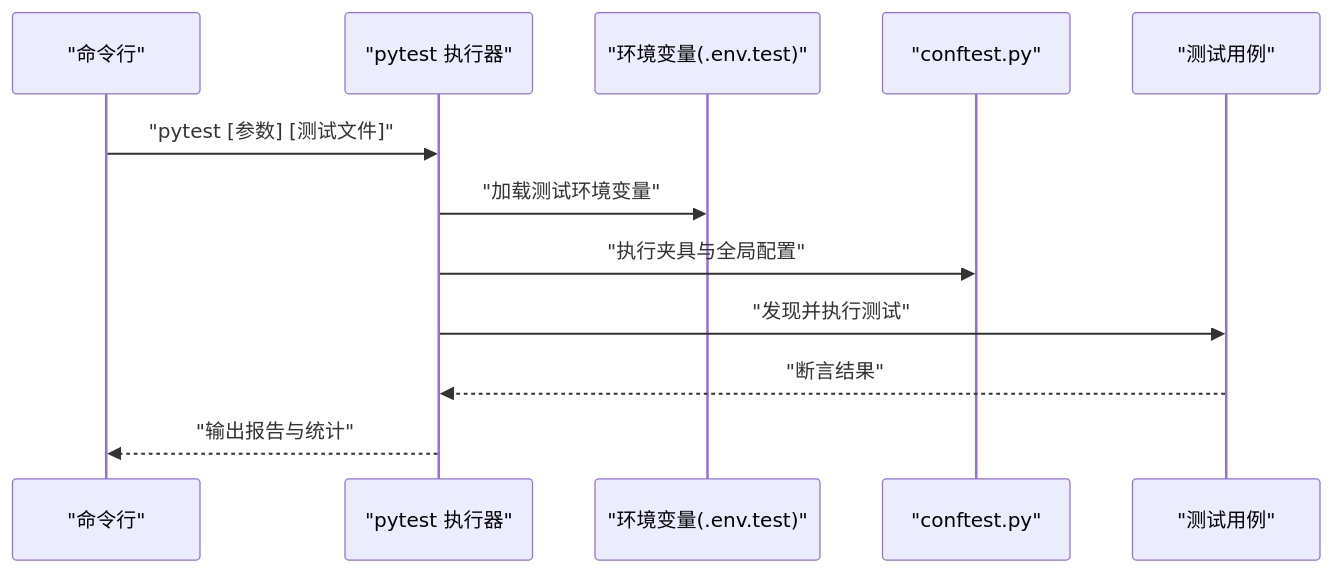
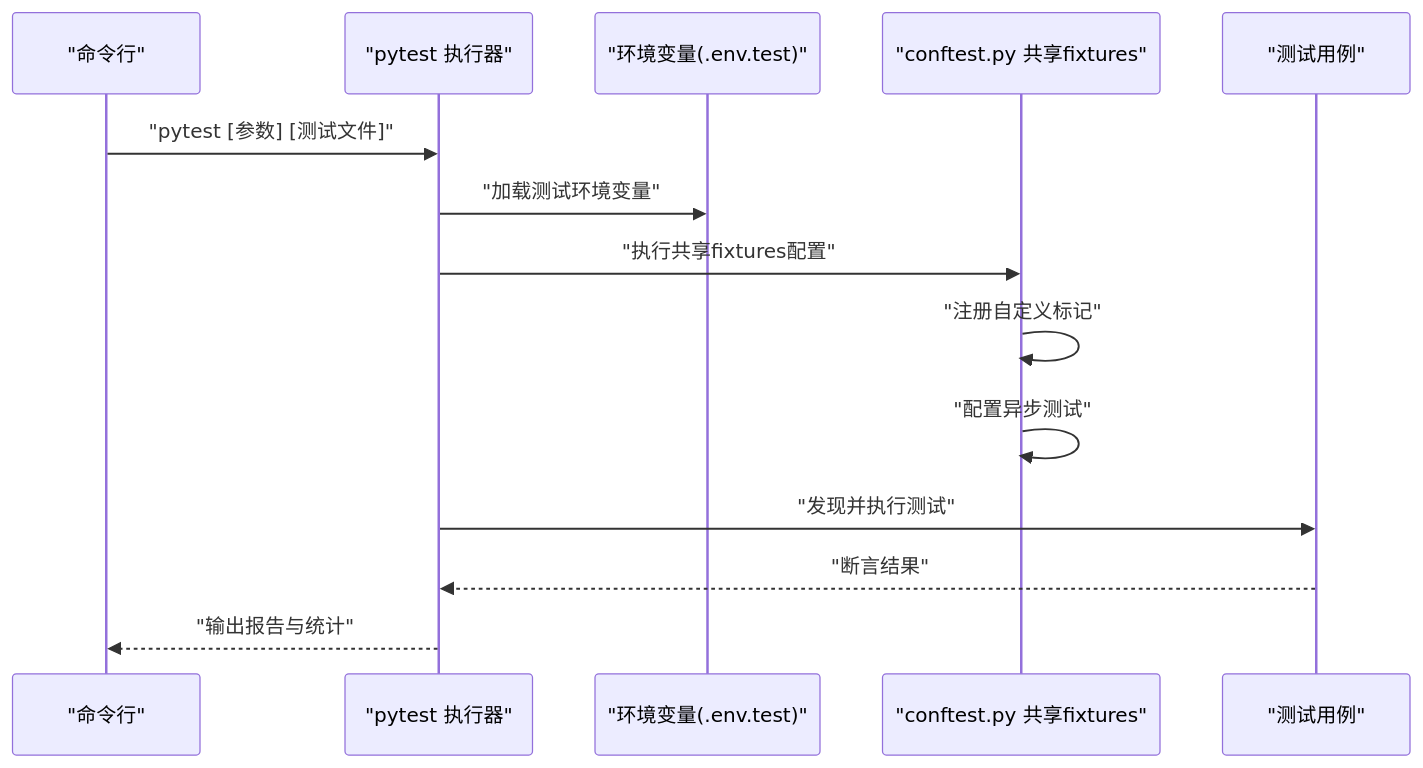
Before and after one commit to lilinzezzzzzz/fastapi-backend: the third of 4 diagrams in .qoder/repowiki/zh/content/测试策略/测试配置.md, drawn with Mermaid. The commit also changed other lines of this file and 38 other files, not shown here.

````diff
--- a/.qoder/repowiki/zh/content/测试策略/测试配置.md
+++ b/.qoder/repowiki/zh/content/测试策略/测试配置.md
@@ -229,14 +290,16 @@
 ```mermaid
 sequenceDiagram
 participant CLI as "命令行"
 participant PY as "pytest 执行器"
 participant ENV as "环境变量(.env.test)"
-participant CONF as "conftest.py"
+participant CONF as "conftest.py 共享fixtures"
 participant TEST as "测试用例"
 CLI->>PY : "pytest [参数] [测试文件]"
 PY->>ENV : "加载测试环境变量"
-PY->>CONF : "执行夹具与全局配置"
+PY->>CONF : "执行共享fixtures配置"
+CONF->>CONF : "注册自定义标记"
+CONF->>CONF : "配置异步测试"
 PY->>TEST : "发现并执行测试"
 TEST-->>PY : "断言结果"
 PY-->>CLI : "输出报告与统计"
 ```
````
